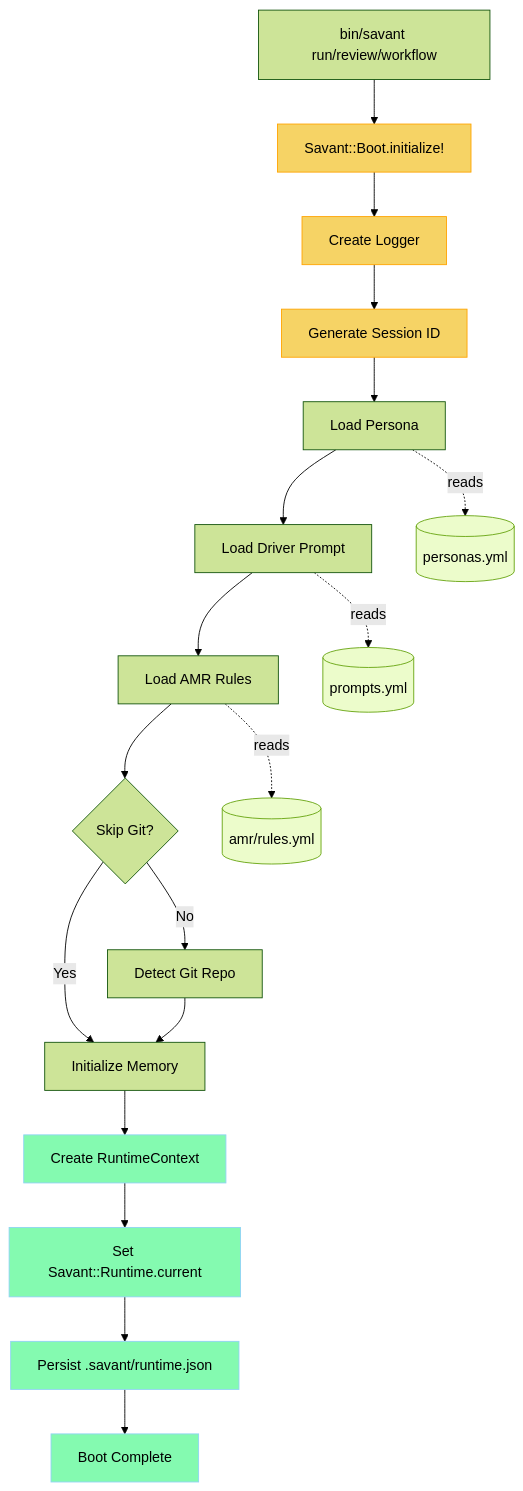
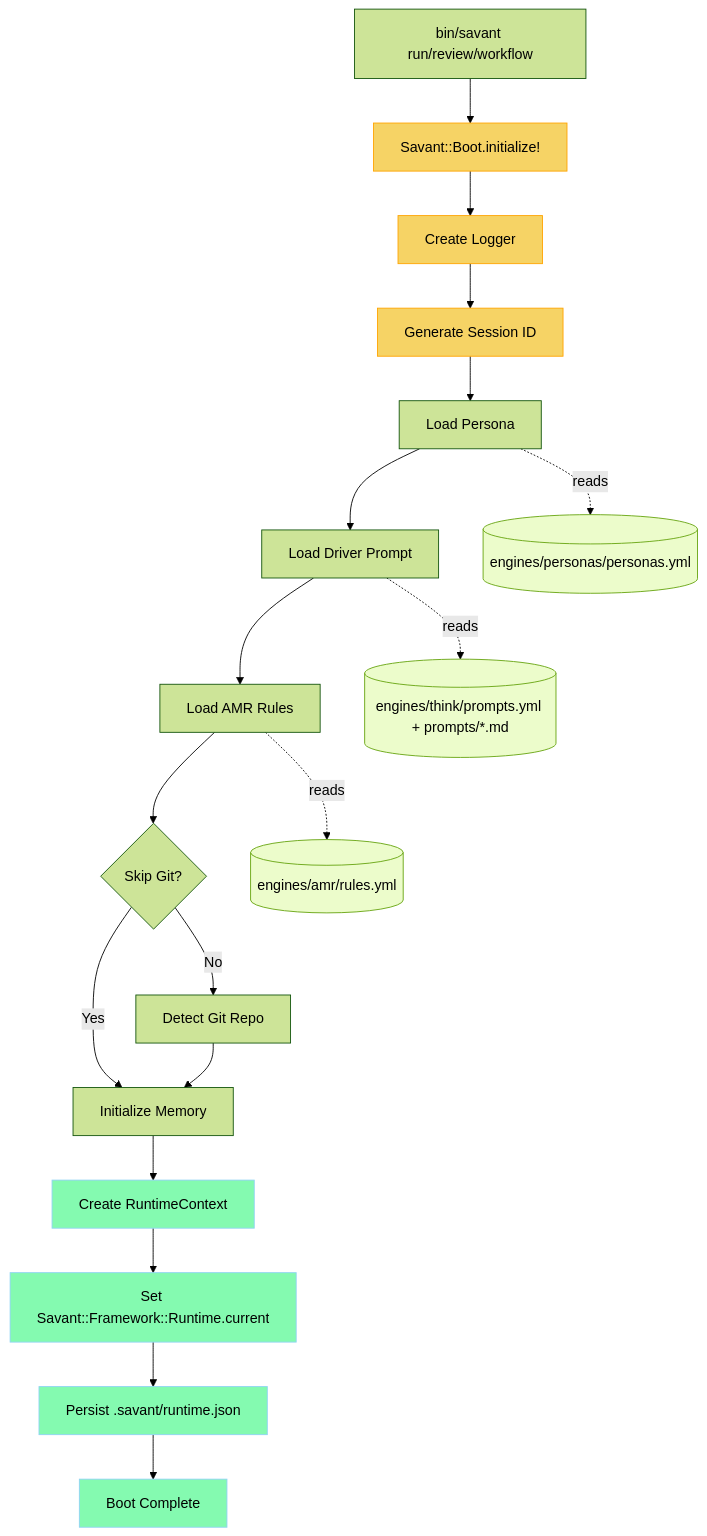
Before and after one commit to ashabbir/savant: the sixth of 7 diagrams in memory_bank/architecture.md, drawn with Mermaid (forest theme). The commit also changed other lines of this file and 9 other files, not shown here.

````diff
--- a/memory_bank/architecture.md
+++ b/memory_bank/architecture.md
@@ -186,28 +186,28 @@
 ```mermaid
 flowchart TD
   CLI[bin/savant run/review/workflow] --> BOOT[Savant::Boot.initialize!]
   BOOT --> LOG[Create Logger]
   LOG --> SID[Generate Session ID]
   SID --> PERS[Load Persona]
   PERS --> DRV[Load Driver Prompt]
   DRV --> AMR[Load AMR Rules]
   AMR --> REPO{Skip Git?}
   REPO -->|No| GIT[Detect Git Repo]
   REPO -->|Yes| MEM[Initialize Memory]
   GIT --> MEM
   MEM --> CTX[Create RuntimeContext]
-  CTX --> GLOB[Set Savant::Runtime.current]
+  CTX --> GLOB[Set Savant::Framework::Runtime.current]
   GLOB --> SAVE[Persist .savant/runtime.json]
   SAVE --> DONE[Boot Complete]
 
-  PERS -.->|reads| YAML1[(personas.yml)]
-  DRV -.->|reads| YAML2[(prompts.yml)]
-  AMR -.->|reads| YAML3[(amr/rules.yml)]
+  PERS -.->|reads| YAML1[(engines/personas/personas.yml)]
+  DRV -.->|reads| YAML2[(engines/think/prompts.yml + prompts/*.md)]
+  AMR -.->|reads| YAML3[(engines/amr/rules.yml)]
 
   classDef boot fill:#f6d365,stroke:#ffa400
   classDef yaml fill:#ecfccb,stroke:#65a30d
   classDef ctx fill:#84fab0,stroke:#8fd3f4
   class BOOT,LOG,SID boot
   class YAML1,YAML2,YAML3 yaml
   class CTX,GLOB,SAVE,DONE ctx
 ```
````
